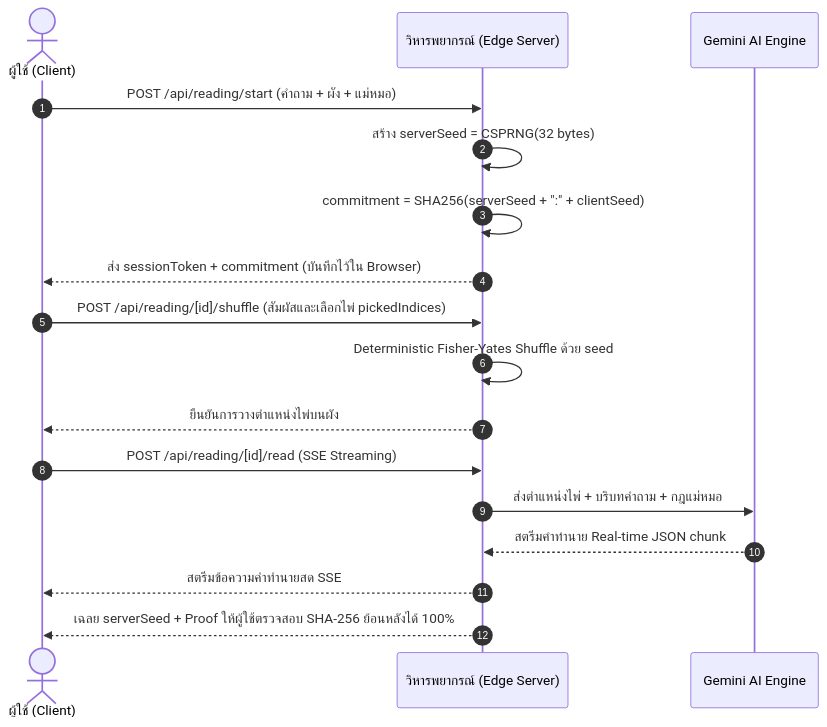
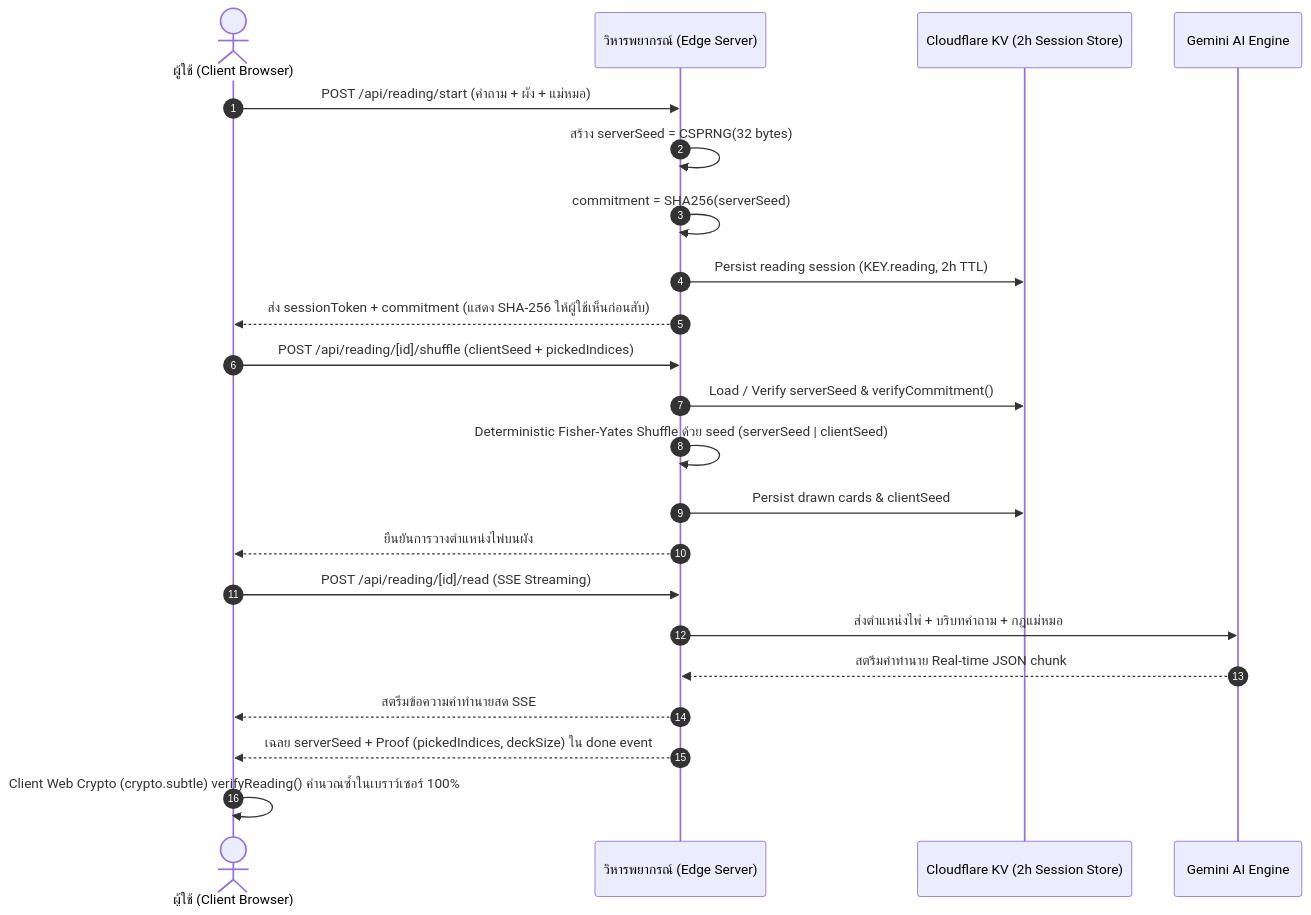
The second of 2 diagrams in docs/ARCHITECTURE.md (luminuy/tarot-web), drawn with Mermaid before and after one commit. The commit also changed 3 other files, not shown here.

First line of the commit message:
docs(pf)[Antigravity AI]: PR 4 pf-docs-copy: update Provably-Fair documentation, ARCHITECTURE sequence diagram, KNOWN_ISSUES registry, and AUDIT tracker (#71)

````diff
--- a/docs/ARCHITECTURE.md
+++ b/docs/ARCHITECTURE.md
@@ -80,23 +80,28 @@
 ```mermaid
 sequenceDiagram
     autonumber
-    actor User as ผู้ใช้ (Client)
+    actor User as ผู้ใช้ (Client Browser)
     participant Server as วิหารพยากรณ์ (Edge Server)
+    participant KV as Cloudflare KV (2h Session Store)
     participant AI as Gemini AI Engine
 
     User->>Server: POST /api/reading/start (คำถาม + ผัง + แม่หมอ)
     Server->>Server: สร้าง serverSeed = CSPRNG(32 bytes)
-    Server->>Server: commitment = SHA256(serverSeed + ":" + clientSeed)
-    Server-->>User: ส่ง sessionToken + commitment (บันทึกไว้ใน Browser)
+    Server->>Server: commitment = SHA256(serverSeed)
+    Server->>KV: Persist reading session (KEY.reading, 2h TTL)
+    Server-->>User: ส่ง sessionToken + commitment (แสดง SHA-256 ให้ผู้ใช้เห็นก่อนสับ)
     
-    User->>Server: POST /api/reading/[id]/shuffle (สัมผัสและเลือกไพ่ pickedIndices)
-    Server->>Server: Deterministic Fisher-Yates Shuffle ด้วย seed
+    User->>Server: POST /api/reading/[id]/shuffle (clientSeed + pickedIndices)
+    Server->>KV: Load / Verify serverSeed & verifyCommitment()
+    Server->>Server: Deterministic Fisher-Yates Shuffle ด้วย seed (serverSeed | clientSeed)
+    Server->>KV: Persist drawn cards & clientSeed
     Server-->>User: ยืนยันการวางตำแหน่งไพ่บนผัง
     
     User->>Server: POST /api/reading/[id]/read (SSE Streaming)
     Server->>AI: ส่งตำแหน่งไพ่ + บริบทคำถาม + กฎแม่หมอ
     AI-->>Server: สตรีมคำทำนาย Real-time JSON chunk
     Server-->>User: สตรีมข้อความคำทำนายสด SSE
     
-    Server-->>User: เฉลย serverSeed + Proof ให้ผู้ใช้ตรวจสอบ SHA-256 ย้อนหลังได้ 100%
+    Server-->>User: เฉลย serverSeed + Proof (pickedIndices, deckSize) ใน done event
+    User->>User: Client Web Crypto (crypto.subtle) verifyReading() คำนวณซ้ำในเบราว์เซอร์ 100%
 ```
````
